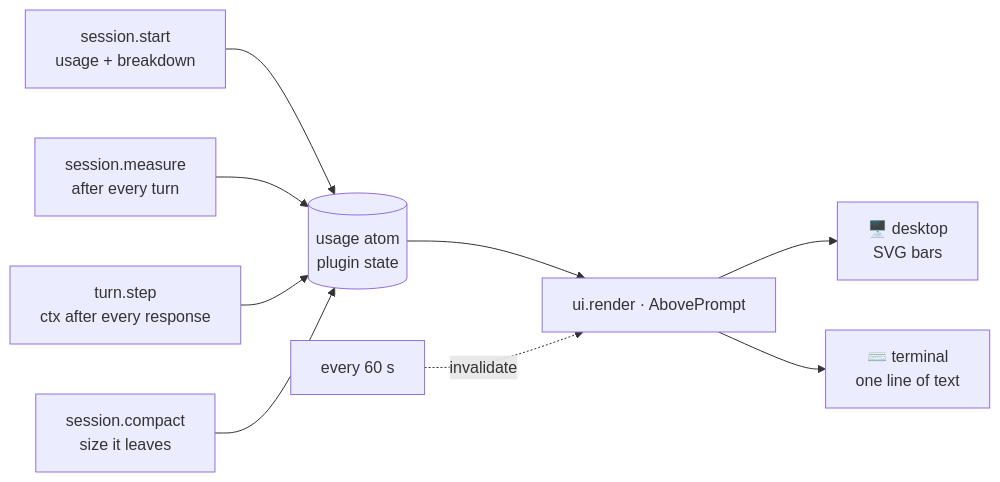
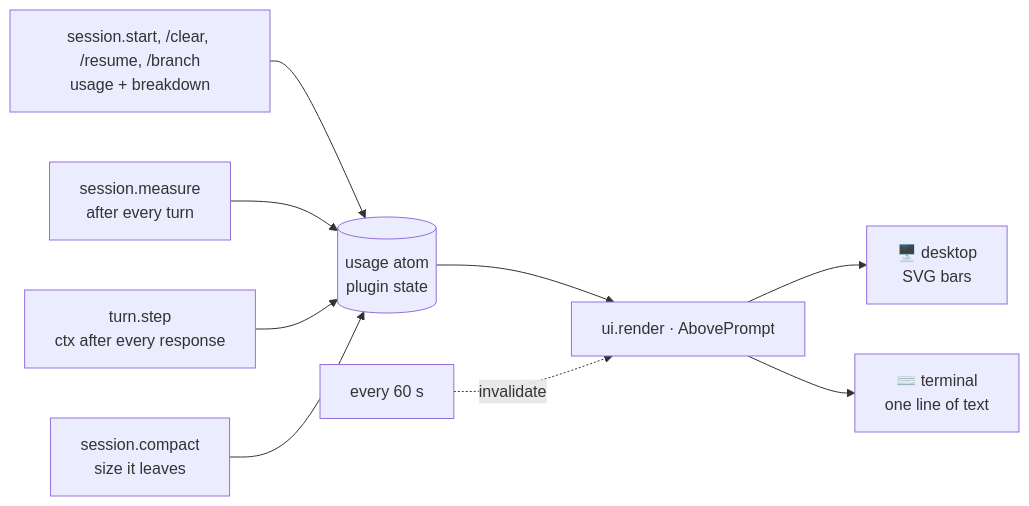
One commit to zexion7873/usage-band changed the diagram in README.md. Above: the diagram before and after it, drawn with Mermaid. The commit also changed 3 other files, not shown here.

First line of the commit message:
fix: redraw the band after /clear, /resume and /branch

````diff
--- a/README.md
+++ b/README.md
@@ -121,21 +121,21 @@
 ```mermaid
 flowchart LR
-    Start["session.start<br/>usage + breakdown"]
+    Start["session.start, /clear, /resume, /branch<br/>usage + breakdown"]
     Measure["session.measure<br/>after every turn"]
     Step["turn.step<br/>ctx after every response"]
     Compact["session.compact<br/>size it leaves"]
     State[("usage atom<br/>plugin state")]
     Render["ui.render · AbovePrompt"]
     Desk["🖥️ desktop<br/>SVG bars"]
     Term["⌨️ terminal<br/>one line of text"]
     Clock["every 60 s"]
 
     Start --> State
     Measure --> State
     Step --> State
     Compact --> State
     State --> Render
     Render --> Desk
     Render --> Term
     Clock -.->|"invalidate"| Render
 ```
````
